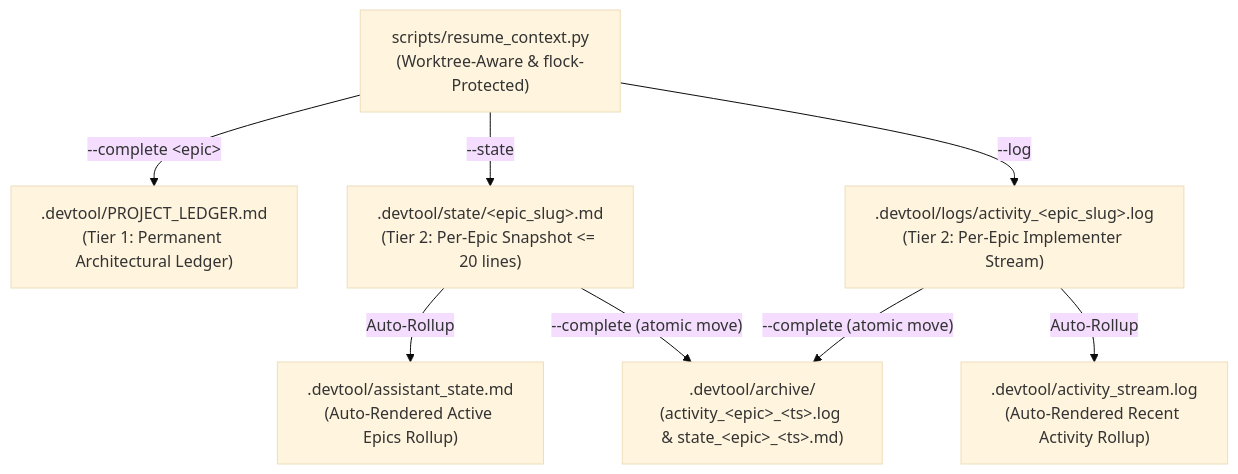
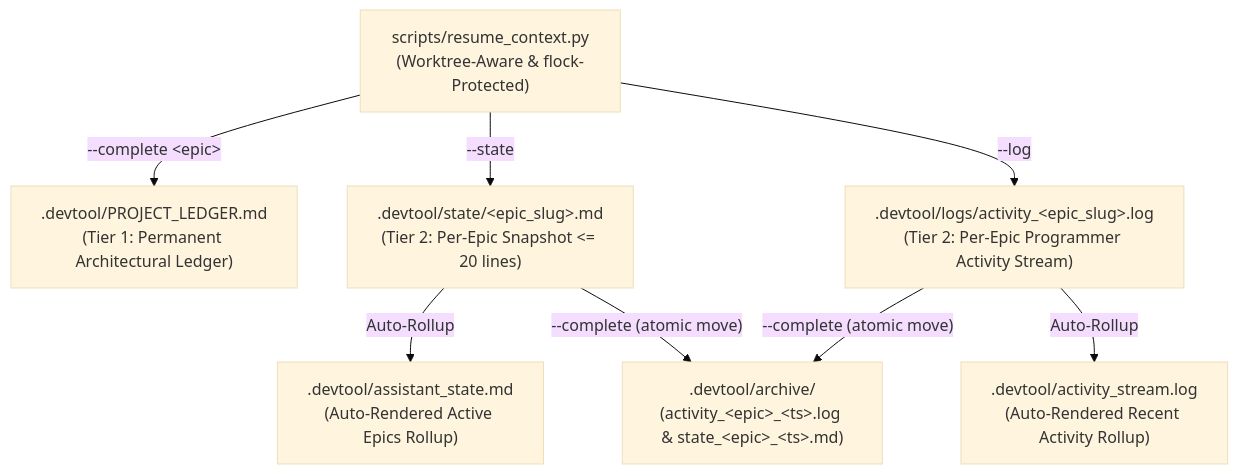
One commit to DanhDue/ai-agent-tools changed the first of 2 diagrams in docs/superpowers/specs/2026-10-30-context-memory-management-design.en.md. Above: the diagram before and after it, drawn with Mermaid (base theme). The commit also changed other lines of this file and 1 other file, not shown here.

First line of the commit message:
[CONTEXT_MEMORY_MANAGEMENT] Refine Role 2.3 persona to AI Programmer

````diff
--- a/docs/superpowers/specs/2026-10-30-context-memory-management-design.en.md
+++ b/docs/superpowers/specs/2026-10-30-context-memory-management-design.en.md
@@ -68,18 +68,18 @@
 ```mermaid
 flowchart TD
-    CLI["scripts/resume_context.py<br/>(Worktree-Aware & flock-Protected)"]
+    CLI["scripts/resume_context.py<br/>(Worktree-Aware &amp; flock-Protected)"]
     T1[".devtool/PROJECT_LEDGER.md<br/>(Tier 1: Permanent Architectural Ledger)"]
     S_EPIC[".devtool/state/&lt;epic_slug&gt;.md<br/>(Tier 2: Per-Epic Snapshot &lt;= 20 lines)"]
-    L_EPIC[".devtool/logs/activity_&lt;epic_slug&gt;.log<br/>(Tier 2: Per-Epic Implementer Stream)"]
+    L_EPIC[".devtool/logs/activity_&lt;epic_slug&gt;.log<br/>(Tier 2: Per-Epic Programmer Activity Stream)"]
     S_ROLL[".devtool/assistant_state.md<br/>(Auto-Rendered Active Epics Rollup)"]
     L_ROLL[".devtool/activity_stream.log<br/>(Auto-Rendered Recent Activity Rollup)"]
     ARCH[".devtool/archive/<br/>(activity_&lt;epic&gt;_&lt;ts&gt;.log &amp; state_&lt;epic&gt;_&lt;ts&gt;.md)"]
 
     CLI -->|"--state"| S_EPIC
     S_EPIC -->|"Auto-Rollup"| S_ROLL
     CLI -->|"--log"| L_EPIC
     L_EPIC -->|"Auto-Rollup"| L_ROLL
     CLI -->|"--complete &lt;epic&gt;"| T1
     S_EPIC -->|"--complete (atomic move)"| ARCH
     L_EPIC -->|"--complete (atomic move)"| ARCH
 ```
````
